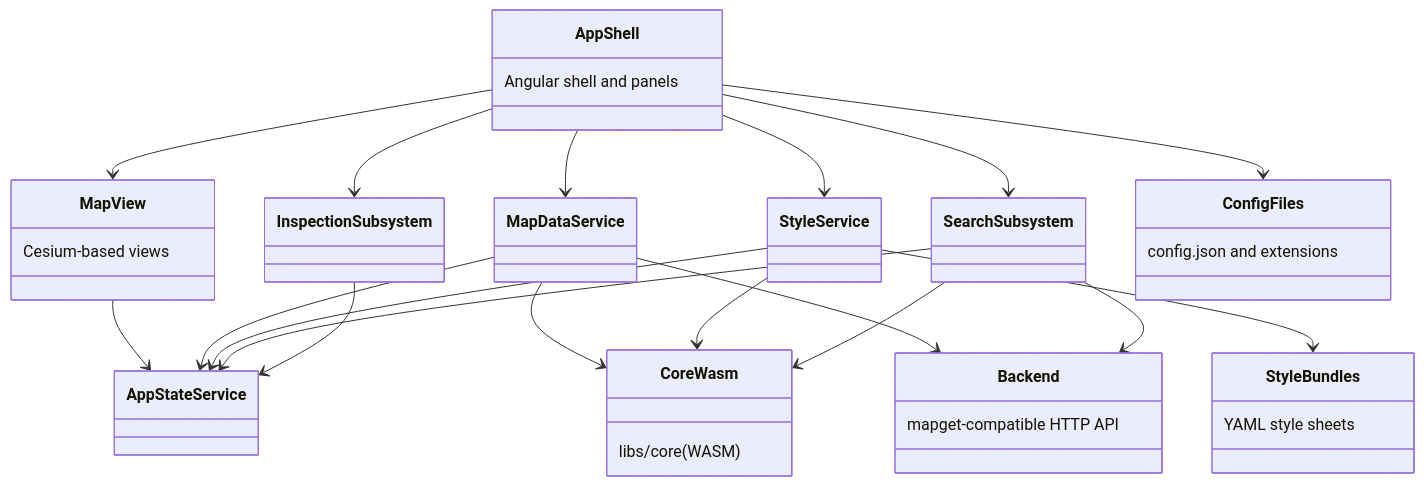
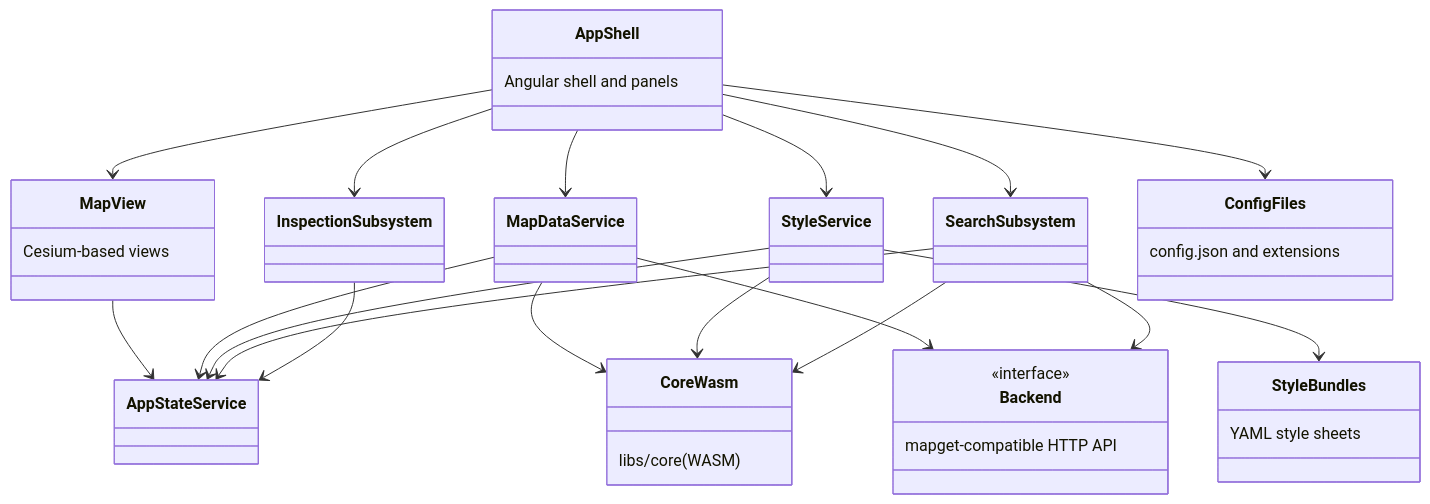
The first of 10 diagrams in docs/erdblick-dev-guide.md (ndsev/erdblick), drawn with Mermaid before and after one commit. The commit also changed 5 other files, not shown here.

````diff
--- a/docs/erdblick-dev-guide.md
+++ b/docs/erdblick-dev-guide.md
@@ -49,48 +49,49 @@
 ```mermaid
 classDiagram
   class AppShell {
     Angular shell and panels
   }
   class MapView {
     Cesium-based views
   }
   class MapDataService
   class StyleService
   class SearchSubsystem
   class InspectionSubsystem
   class AppStateService
   class CoreWasm {
     libs/core (WASM)
   }
   class Backend {
+    <<interface>>
     mapget-compatible HTTP API
   }
   class ConfigFiles {
     config.json and extensions
   }
   class StyleBundles {
     YAML style sheets
   }
 
   AppShell --> MapView
   AppShell --> MapDataService
   AppShell --> StyleService
   AppShell --> SearchSubsystem
   AppShell --> InspectionSubsystem
 
   MapView --> AppStateService
   MapDataService --> AppStateService
   StyleService --> AppStateService
   SearchSubsystem --> AppStateService
   InspectionSubsystem --> AppStateService
 
   MapDataService --> CoreWasm
   StyleService --> CoreWasm
   SearchSubsystem --> CoreWasm
 
   MapDataService --> Backend
   SearchSubsystem --> Backend
 
   AppShell --> ConfigFiles
   StyleService --> StyleBundles
 ```
````
